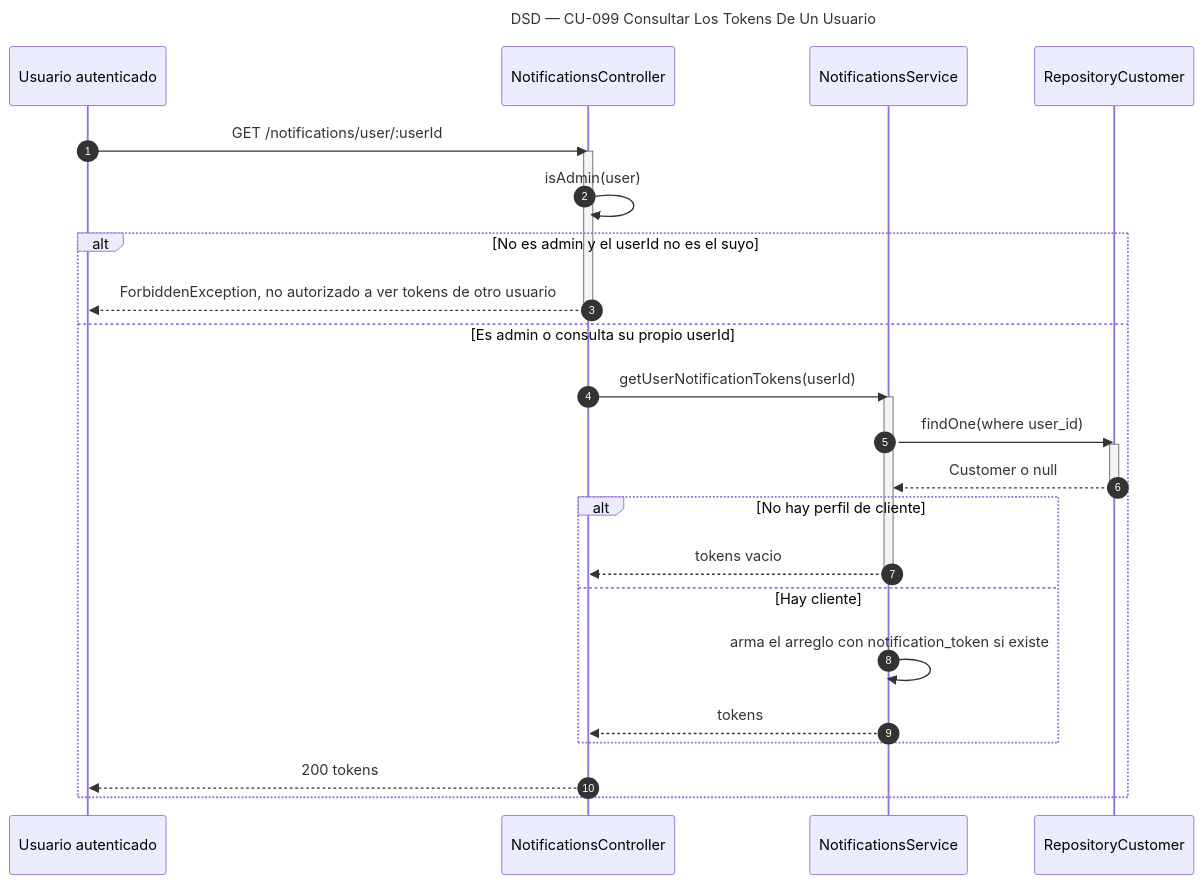
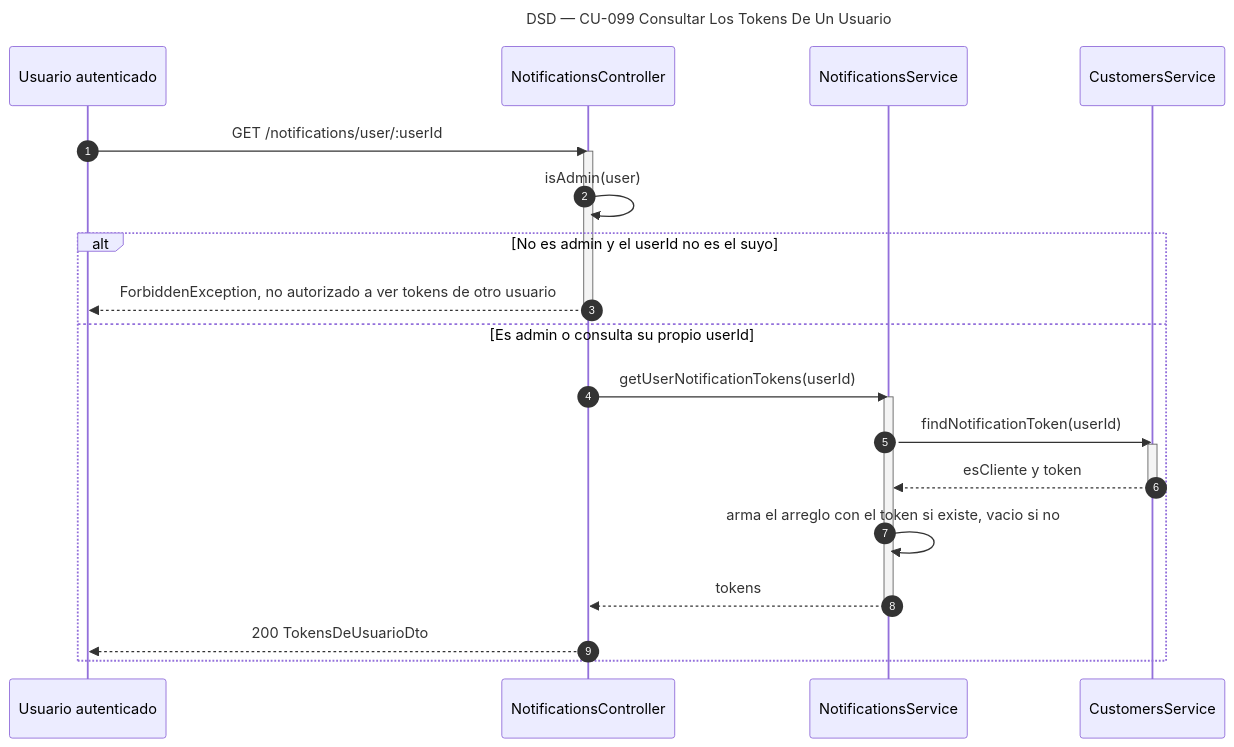
Before and after one commit to Nahuelito-Dev/splg-docs: the diagram in diagramas/DSD_CU-099_Consultar-Los-Tokens-De-Un-Usuario.mmd, drawn with Mermaid. The commit also changed 5 other files, not shown here.

First line of the commit message:
docs(dsd): notificaciones por CustomersService y DeliveryService; CU-021 con la identidad del socket

```diff
--- a/diagramas/DSD_CU-099_Consultar-Los-Tokens-De-Un-Usuario.mmd
+++ b/diagramas/DSD_CU-099_Consultar-Los-Tokens-De-Un-Usuario.mmd
@@ -1,30 +1,26 @@
 sequenceDiagram
     title DSD — CU-099 Consultar Los Tokens De Un Usuario
     autonumber
     participant USR as Usuario autenticado
     participant CTRL as NotificationsController
     participant SRV as NotificationsService
-    participant CREP as RepositoryCustomer
+    participant CSRV as CustomersService
 
     USR->>CTRL: GET /notifications/user/:userId
     activate CTRL
     CTRL->>CTRL: isAdmin(user)
     alt No es admin y el userId no es el suyo
         CTRL-->>USR: ForbiddenException, no autorizado a ver tokens de otro usuario
         deactivate CTRL
     else Es admin o consulta su propio userId
         CTRL->>SRV: getUserNotificationTokens(userId)
         activate SRV
-        SRV->>CREP: findOne(where user_id)
-        activate CREP
-        CREP-->>SRV: Customer o null
-        deactivate CREP
-        alt No hay perfil de cliente
-            SRV-->>CTRL: tokens vacio
-            deactivate SRV
-        else Hay cliente
-            SRV->>SRV: arma el arreglo con notification_token si existe
-            SRV-->>CTRL: tokens
-        end
-        CTRL-->>USR: 200 tokens
+        SRV->>CSRV: findNotificationToken(userId)
+        activate CSRV
+        CSRV-->>SRV: esCliente y token
+        deactivate CSRV
+        SRV->>SRV: arma el arreglo con el token si existe, vacio si no
+        SRV-->>CTRL: tokens
+        deactivate SRV
+        CTRL-->>USR: 200 TokensDeUsuarioDto
     end
```
